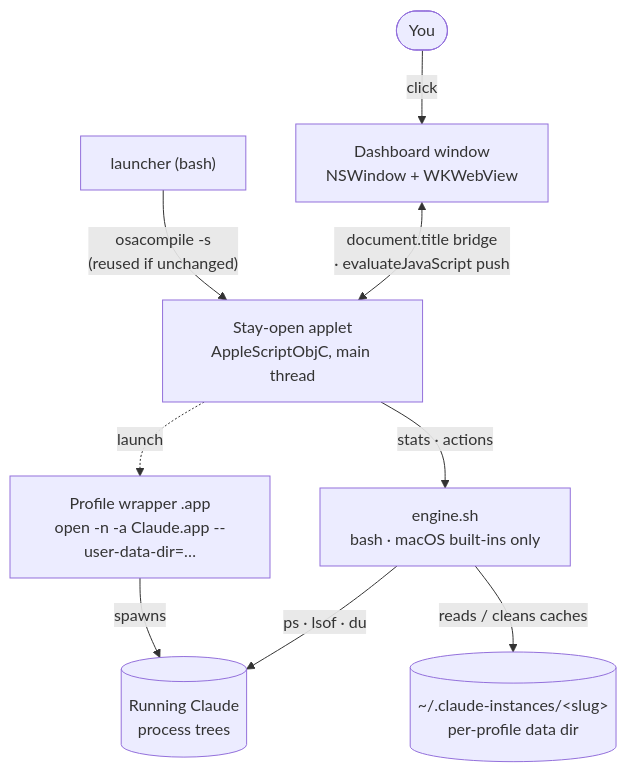
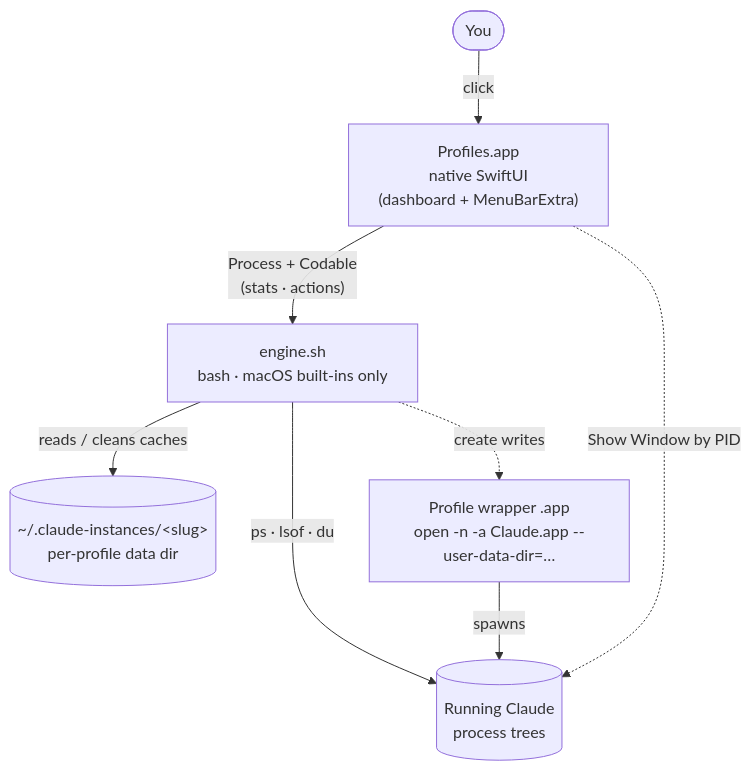
Before and after one commit to jyito/Claude-Profiles: the diagram in README.md, drawn with Mermaid. The commit also changed other lines of this file and 12 other files, not shown here.

First line of the commit message:
v0.7.0 — native SwiftUI cutover (retire the WebView host) (#37)

````diff
--- a/README.md
+++ b/README.md
@@ -103,11 +115,10 @@
 ```mermaid
 flowchart TD
-    U([You]) -->|click| DASH["Dashboard window<br/>NSWindow + WKWebView"]
-    DASH <-->|"document.title bridge<br/>· evaluateJavaScript push"| APPLET["Stay-open applet<br/>AppleScriptObjC, main thread"]
-    LAUNCH["launcher (bash)"] -->|"osacompile -s<br/>(reused if unchanged)"| APPLET
-    APPLET -->|stats · actions| ENGINE["engine.sh<br/>bash · macOS built-ins only"]
+    U([You]) -->|click| APP["Profiles.app<br/>native SwiftUI<br/>(dashboard + MenuBarExtra)"]
+    APP -->|"Process + Codable<br/>(stats · actions)"| ENGINE["engine.sh<br/>bash · macOS built-ins only"]
     ENGINE -->|ps · lsof · du| PROCS[("Running Claude<br/>process trees")]
     ENGINE -->|reads / cleans caches| DIRS[("~/.claude-instances/&lt;slug&gt;<br/>per-profile data dir")]
-    APPLET -.->|launch| WRAP["Profile wrapper .app<br/>open -n -a Claude.app --user-data-dir=…"]
+    ENGINE -.->|"create writes"| WRAP["Profile wrapper .app<br/>open -n -a Claude.app --user-data-dir=…"]
     WRAP -->|spawns| PROCS
+    APP -.->|"Show Window by PID"| PROCS
 ```
````
